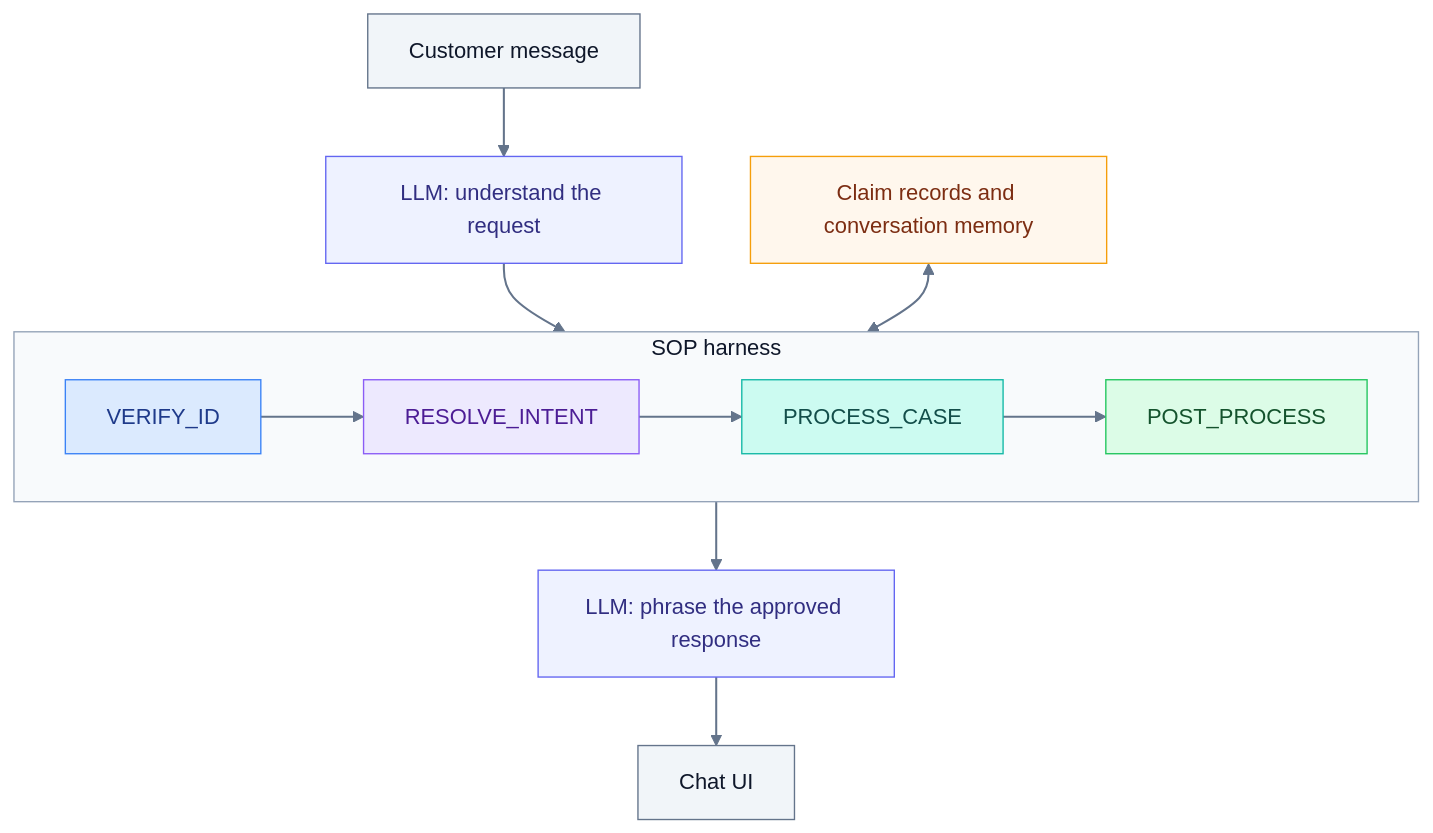
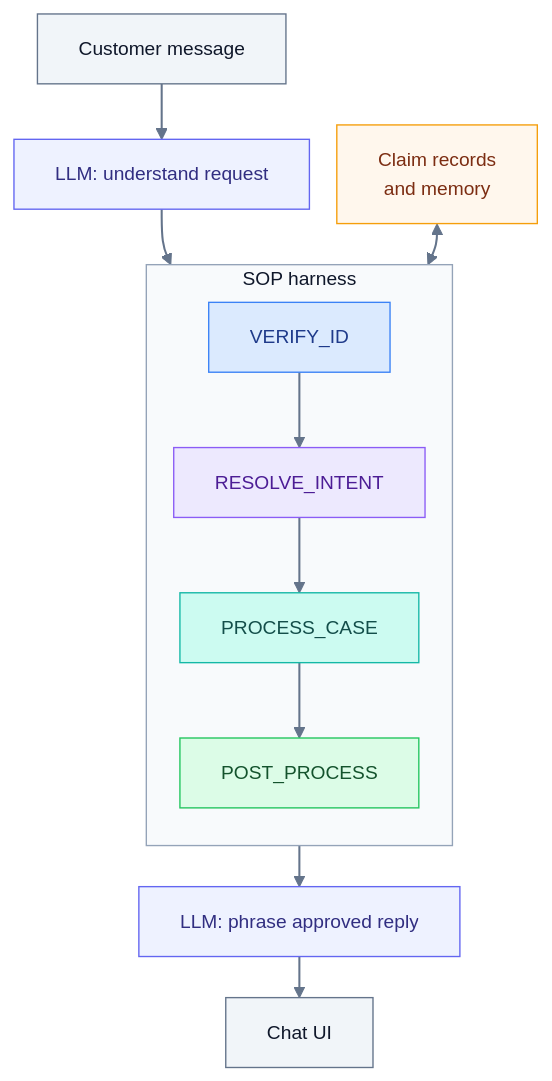
One commit to XinhaoTheo/insurance-claims-sop-agent changed the diagram in README.md. Above: the diagram before and after it, drawn with Mermaid. The commit also changed 1 other file, not shown here.

Commit message:
docs: fit diagrams to page width

````diff
--- a/README.md
+++ b/README.md
@@ -11,30 +11,31 @@
 ```mermaid
+%%{init: {"flowchart": {"nodeSpacing": 20, "rankSpacing": 30}, "themeVariables": {"fontSize": "14px"}}}%%
 flowchart TB
-    Message["Customer message"] --> Analyze["LLM: understand the request"]
+    Message["Customer message"] --> Analyze["LLM: understand request"]
     Analyze --> SOP
     subgraph SOP["SOP harness"]
-        direction LR
+        direction TB
         Verify["VERIFY_ID"] --> Intent["RESOLVE_INTENT"] --> Process["PROCESS_CASE"] --> Post["POST_PROCESS"]
     end
-    Data["Claim records and conversation memory"] <--> SOP
-    SOP --> Reply["LLM: phrase the approved response"]
+    Data["Claim records<br/>and memory"] <--> SOP
+    SOP --> Reply["LLM: phrase approved reply"]
     Reply --> UI["Chat UI"]
 
     classDef interface fill:#f1f5f9,stroke:#64748b,color:#0f172a;
     classDef model fill:#eef2ff,stroke:#6366f1,color:#312e81;
     classDef data fill:#fff7ed,stroke:#f59e0b,color:#7c2d12;
     classDef verify fill:#dbeafe,stroke:#3b82f6,color:#1e3a8a;
     classDef intent fill:#ede9fe,stroke:#8b5cf6,color:#4c1d95;
     classDef process fill:#ccfbf1,stroke:#14b8a6,color:#134e4a;
     classDef post fill:#dcfce7,stroke:#22c55e,color:#14532d;
 
     class Message,UI interface;
     class Analyze,Reply model;
     class Data data;
     class Verify verify;
     class Intent intent;
     class Process process;
     class Post post;
     style SOP fill:#f8fafc,stroke:#94a3b8,color:#0f172a;
     linkStyle default stroke:#64748b,stroke-width:1.5px;
 ```
````
